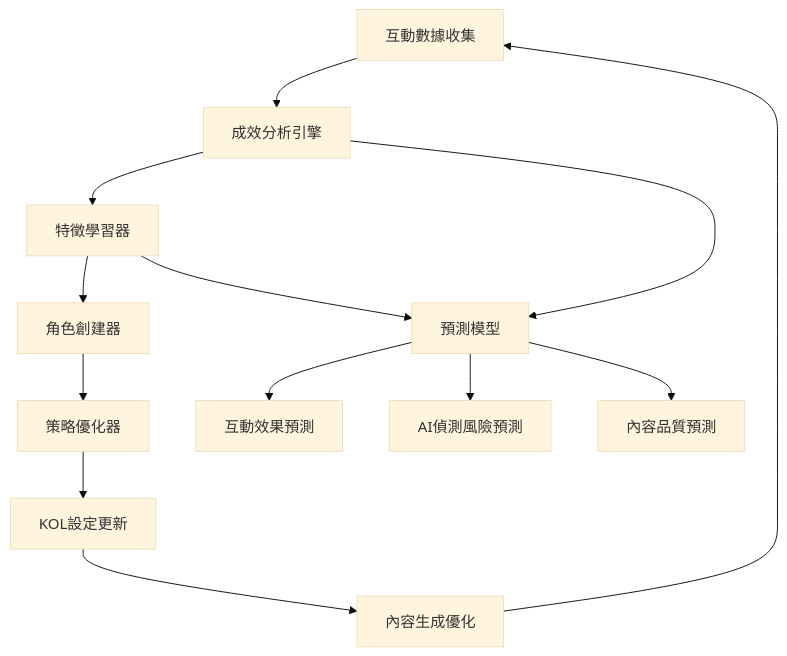
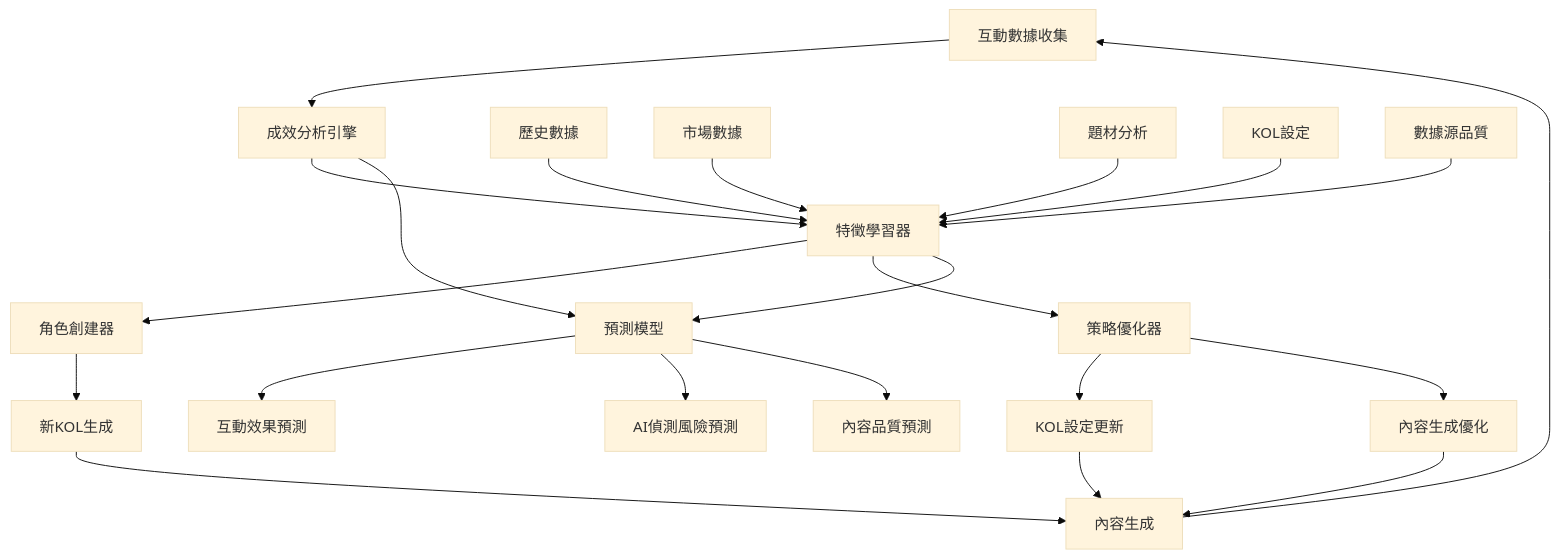
Before and after one commit to hihihowru/forum_autoposter: the diagram in gitbook-docs/4-AI自我學習/4.8-AI自我學習機制完整簡報-wireframe.md, drawn with Mermaid (base theme). The commit also changed other lines of this file, not shown here.

Commit message:
修正Mermaid架構圖：特徵學習器正確接收題材、KOL設定、數據源品質等輸入

````diff
--- a/gitbook-docs/4-AI自我學習/4.8-AI自我學習機制完整簡報-wireframe.md
+++ b/gitbook-docs/4-AI自我學習/4.8-AI自我學習機制完整簡報-wireframe.md
@@ -15,17 +15,30 @@
 ```mermaid
 graph TD
     A[互動數據收集] --> B[成效分析引擎]
     B --> C[特徵學習器]
-    C --> D[角色創建器]
-    D --> E[策略優化器]
-    E --> F[KOL設定更新]
-    F --> G[內容生成優化]
-    G --> A
     
-    H[預測模型] --> I[互動效果預測]
-    H --> J[AI偵測風險預測]
-    H --> K[內容品質預測]
+    D[歷史數據] --> C
+    E[市場數據] --> C
+    F[題材分析] --> C
+    G[KOL設定] --> C
+    H[數據源品質] --> C
     
-    B --> H
-    C --> H
+    C --> I[角色創建器]
+    C --> J[策略優化器]
+    
+    I --> K[新KOL生成]
+    J --> L[KOL設定更新]
+    J --> M[內容生成優化]
+    
+    K --> N[內容生成]
+    L --> N
+    M --> N
+    N --> A
+    
+    O[預測模型] --> P[互動效果預測]
+    O --> Q[AI偵測風險預測]
+    O --> R[內容品質預測]
+    
+    C --> O
+    B --> O
 ```
````
